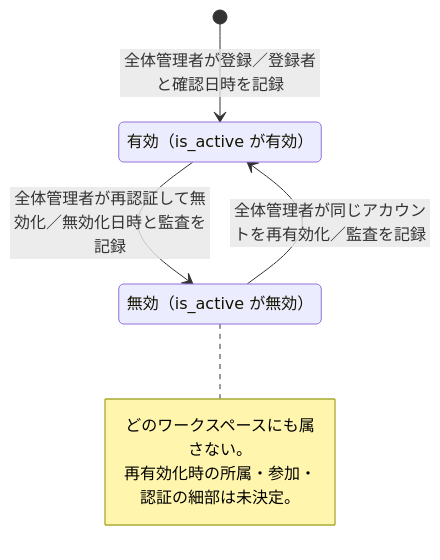
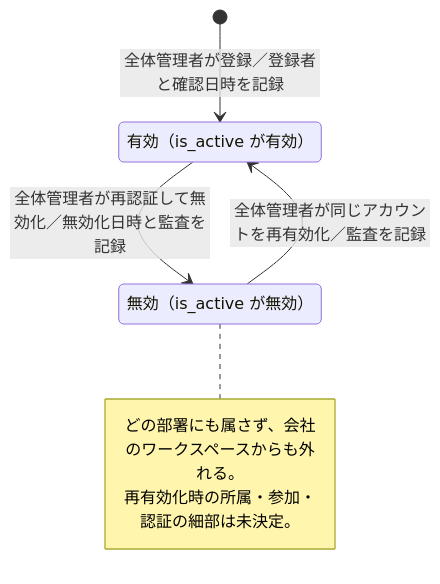
One commit to yamamotonaoki3/internal-system changed the sixth of 8 diagrams in docs/requirements/state-transitions.md. Above: the diagram before and after it, drawn with Mermaid. The commit also changed other lines of this file and 18 other files, not shown here.

````diff
--- a/docs/requirements/state-transitions.md
+++ b/docs/requirements/state-transitions.md
@@ -165,12 +167,12 @@
 ```mermaid
 stateDiagram-v2
     state "有効（is_active が有効）" as UserActive
     state "無効（is_active が無効）" as UserInactive
     [*] --> UserActive: 全体管理者が登録／登録者と確認日時を記録
     UserActive --> UserInactive: 全体管理者が再認証して無効化／無効化日時と監査を記録
     UserInactive --> UserActive: 全体管理者が同じアカウントを再有効化／監査を記録
     note right of UserInactive
-        どのワークスペースにも属さない。
+        どの部署にも属さず、会社のワークスペースからも外れる。
         再有効化時の所属・参加・認証の細部は未決定。
     end note
 ```
````
